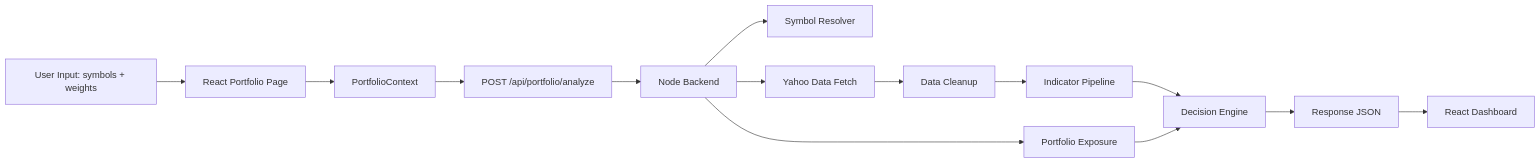
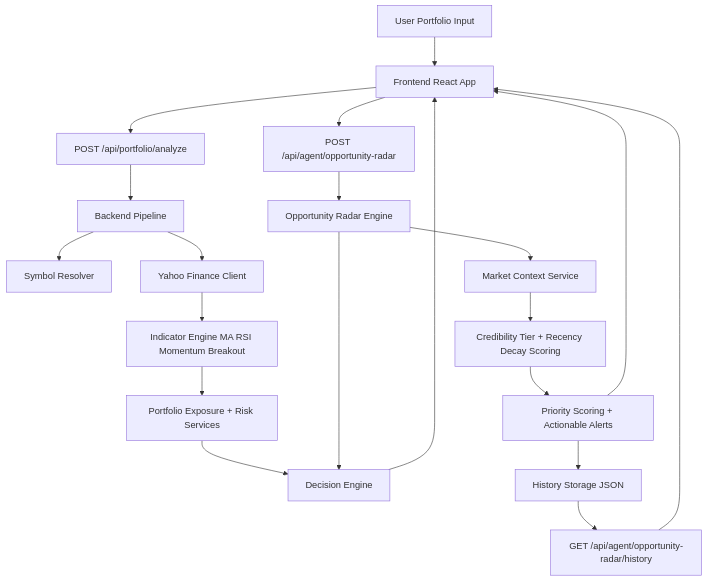
One commit to romin711/ai-investor-agent changed the diagram in README.md. Above: the diagram before and after it, drawn with Mermaid. The commit also changed other lines of this file, not shown here.

````diff
--- a/README.md
+++ b/README.md
@@ -57,16 +79,27 @@
 ```mermaid
-flowchart LR
-    A[User Input: symbols + weights] --> B[React Portfolio Page]
-    B --> C[PortfolioContext]
-    C --> D[POST /api/portfolio/analyze]
-    D --> E[Node Backend]
-    E --> F[Symbol Resolver]
-    E --> G[Yahoo Data Fetch]
-    G --> H[Data Cleanup]
-    H --> I[Indicator Pipeline]
-    E --> J[Portfolio Exposure]
-    I --> K[Decision Engine]
-    J --> K
-    K --> L[Response JSON]
-    L --> M[React Dashboard]
+flowchart TD
+    A[User Portfolio Input] --> B[Frontend React App]
+    B --> C[POST /api/portfolio/analyze]
+    B --> D[POST /api/agent/opportunity-radar]
+
+    C --> E[Backend Pipeline]
+    D --> F[Opportunity Radar Engine]
+
+    E --> G[Symbol Resolver]
+    E --> H[Yahoo Finance Client]
+    H --> I[Indicator Engine MA RSI Momentum Breakout]
+    I --> J[Portfolio Exposure + Risk Services]
+    J --> K[Decision Engine]
+
+    F --> K
+    F --> L[Market Context Service]
+    L --> M[Credibility Tier + Recency Decay Scoring]
+    M --> N[Priority Scoring + Actionable Alerts]
+
+    N --> O[History Storage JSON]
+    O --> P[GET /api/agent/opportunity-radar/history]
+
+    K --> B
+    N --> B
+    P --> B
 ```
````
